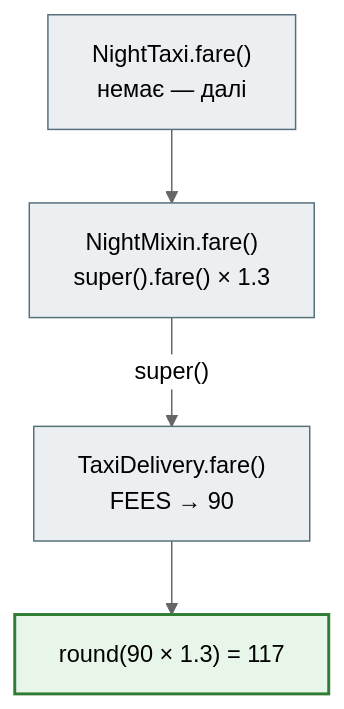
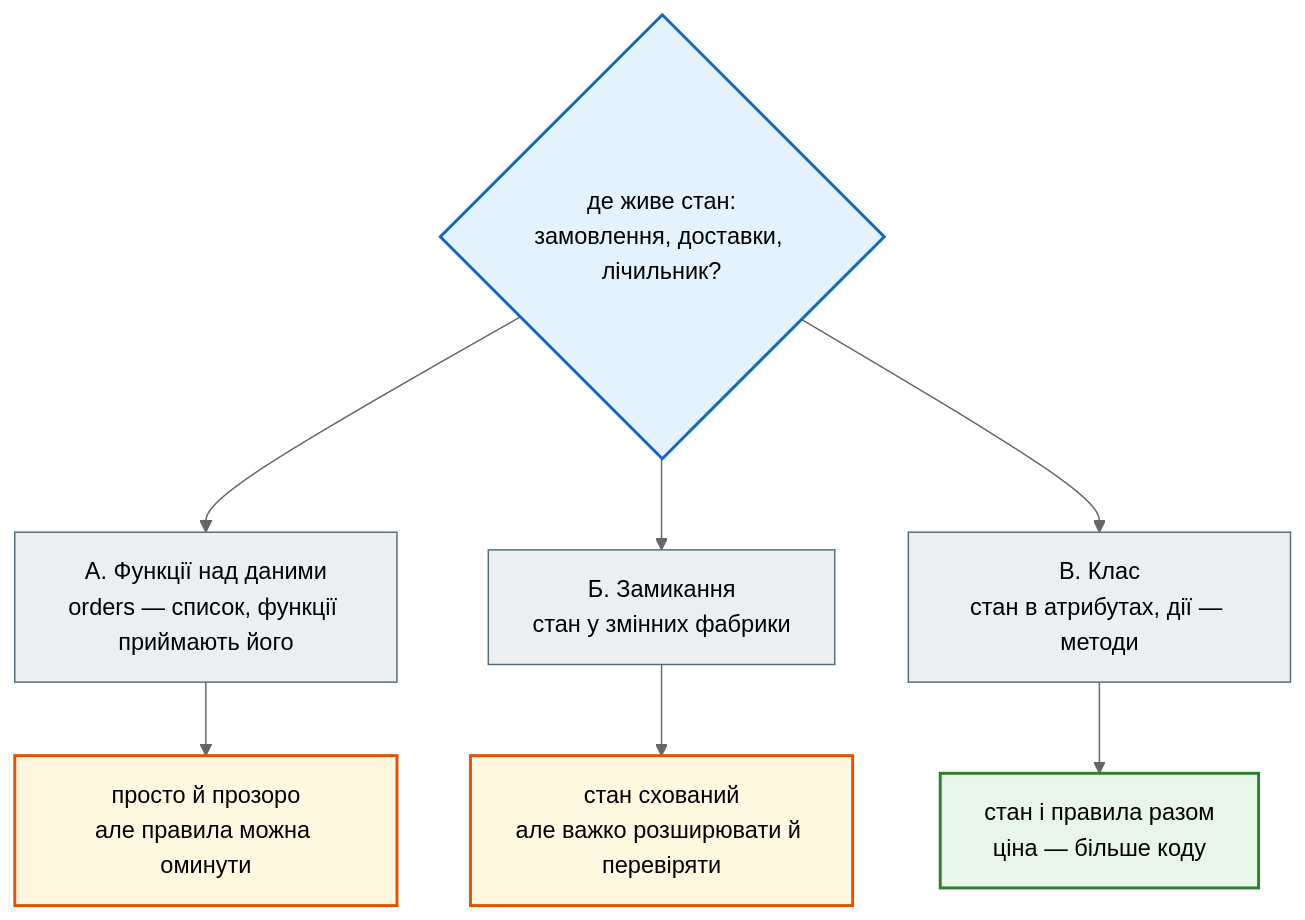
Before and after one commit to AlinaRadchenko/PY-Course-Victor-Nikoriak-22-09-2026: the third of 5 diagrams in docs/modules/m2/lesson_20.md, drawn with Mermaid (neutral theme). The commit also changed other lines of this file and 1846 other files, not shown here.

````diff
--- a/docs/modules/m2/lesson_20.md
+++ b/docs/modules/m2/lesson_20.md
@@ -258,15 +408,21 @@
 ```mermaid
 flowchart TD
     classDef step     fill:#eceff1,stroke:#546e7a,stroke-width:1px;
     classDef decision fill:#e3f2fd,stroke:#1565c0,stroke-width:2px;
     classDef success  fill:#e8f5e9,stroke:#2e7d32,stroke-width:2px;
     classDef error    fill:#ffebee,stroke:#c62828,stroke-width:3px;
     classDef warning  fill:#fff8e1,stroke:#e65100,stroke-width:2px;
 
-    N["NightTaxi.fare()<br>немає — далі"] --> M["NightMixin.fare()<br>super().fare() × 1.3"]
-    M -- "super()" --> T["TaxiDelivery.fare()<br>FEES → 90"]
-    T --> R["round(90 × 1.3) = 117"]
+    Q{"де живе стан:<br>замовлення, доставки, лічильник?"}
+    Q --> A["А. Функції над даними<br>orders — список, функції приймають його"]
+    Q --> B["Б. Замикання<br>стан у змінних фабрики"]
+    Q --> C["В. Клас<br>стан в атрибутах, дії — методи"]
+    A --> A1["просто й прозоро<br>але правила можна оминути"]
+    B --> B1["стан схований<br>але важко розширювати й перевіряти"]
+    C --> C1["стан і правила разом<br>ціна — більше коду"]
 
-    class N,M,T step
-    class R success
+    class Q decision
+    class A,B,C step
+    class A1,B1 warning
+    class C1 success
 ```
````
